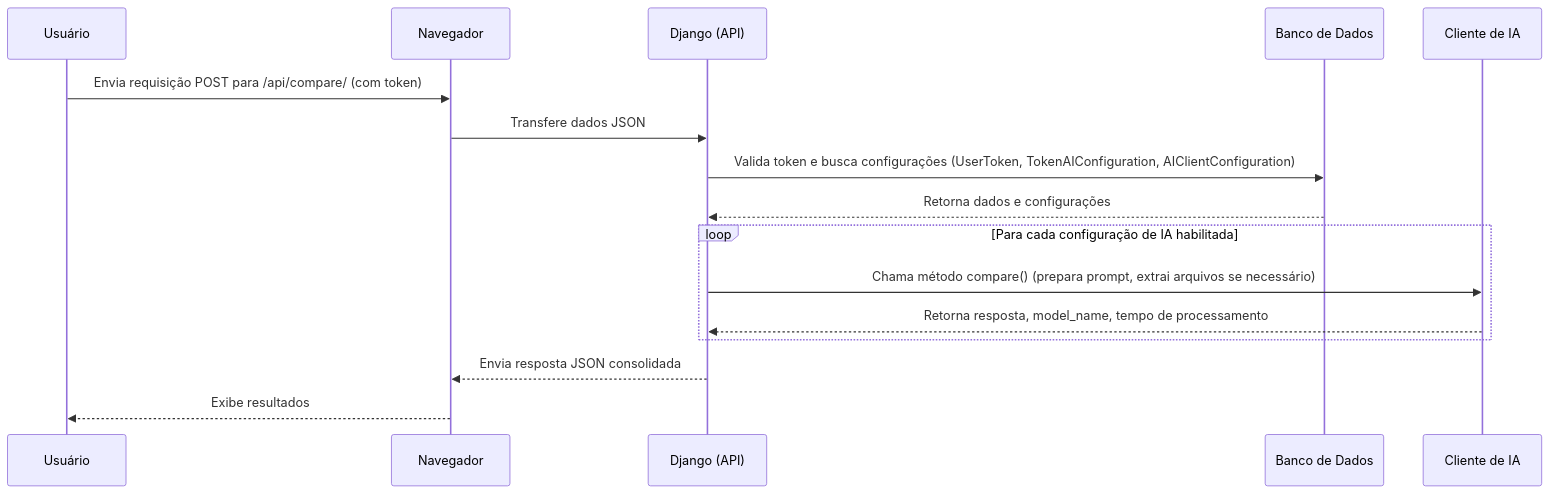
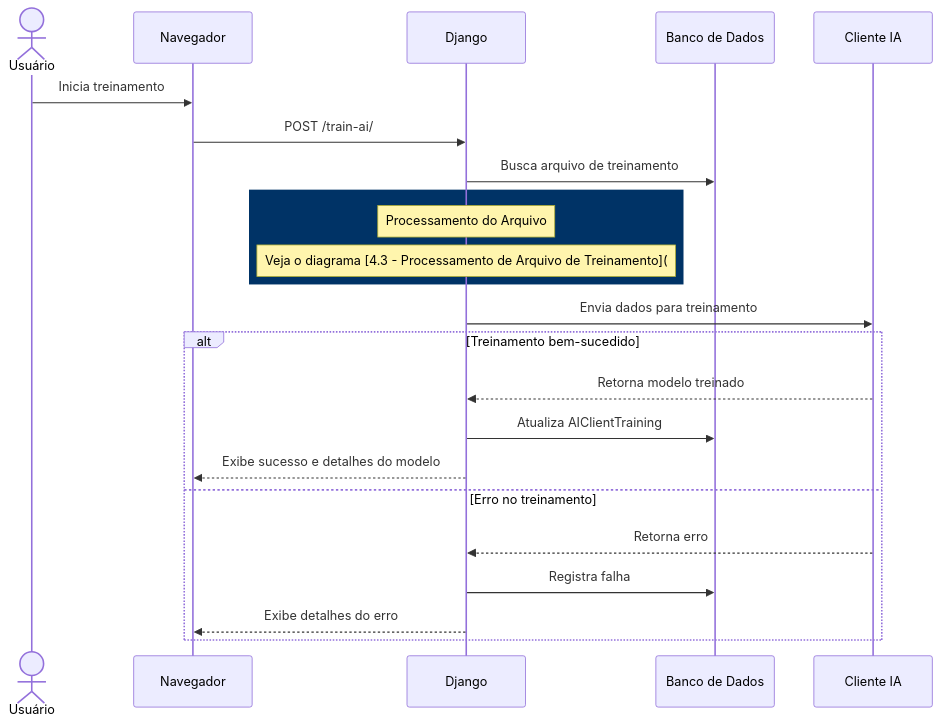
Before and after one commit to diegogrosmann/EnsinaNet.AI: diagram 14 of 34 in README.md, drawn with Mermaid. The commit also changed other lines of this file and 8 other files, not shown here.

Commit message:
Adiciona arquivo .env.example com variáveis de ambiente e atualiza templates para usar SITE_NAME, melhorando a personalização e a configuração do projeto.

````diff
--- a/README.md
+++ b/README.md
@@ -438,18 +882,29 @@
 ```mermaid
 sequenceDiagram
-    participant U as Usuário
+    actor U as Usuário
     participant N as Navegador
-    participant D as Django (API)
-    participant BD as Banco de Dados
-    participant IA as Cliente de IA
-    U->>N: Envia requisição POST para /api/compare/ (com token)
-    N->>D: Transfere dados JSON
-    D->>BD: Valida token e busca configurações (UserToken, TokenAIConfiguration, AIClientConfiguration)
-    BD-->>D: Retorna dados e configurações
-    loop Para cada configuração de IA habilitada
-        D->>IA: Chama método compare() (prepara prompt, extrai arquivos se necessário)
-        IA-->>D: Retorna resposta, model_name, tempo de processamento
+    participant D as Django
+    participant DB as Banco de Dados
+    participant IA as Cliente IA
+
+    U->>N: Inicia treinamento
+    N->>D: POST /train-ai/
+    D->>DB: Busca arquivo de treinamento
+    
+    rect rgb(0, 51, 102)
+        Note over D: Processamento do Arquivo
+        Note over D: Veja o diagrama [4.3 - Processamento de Arquivo de Treinamento](#processamento-de-arquivo-de-treinamento)
     end
-    D-->>N: Envia resposta JSON consolidada
-    N-->>U: Exibe resultados
+    
+    D->>IA: Envia dados para treinamento
+    
+    alt Treinamento bem-sucedido
+        IA-->>D: Retorna modelo treinado
+        D->>DB: Atualiza AIClientTraining
+        D-->>N: Exibe sucesso e detalhes do modelo
+    else Erro no treinamento
+        IA-->>D: Retorna erro
+        D->>DB: Registra falha
+        D-->>N: Exibe detalhes do erro
+    end
 ```
````
